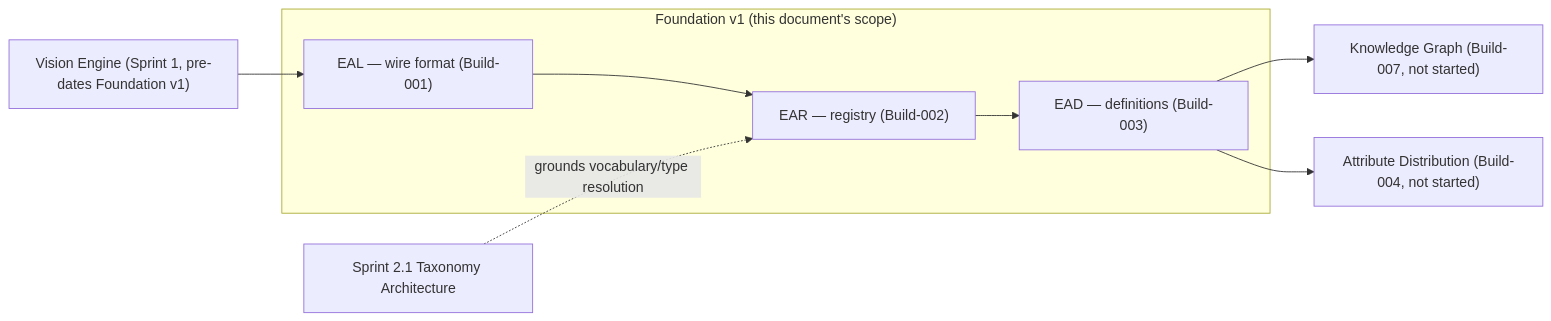
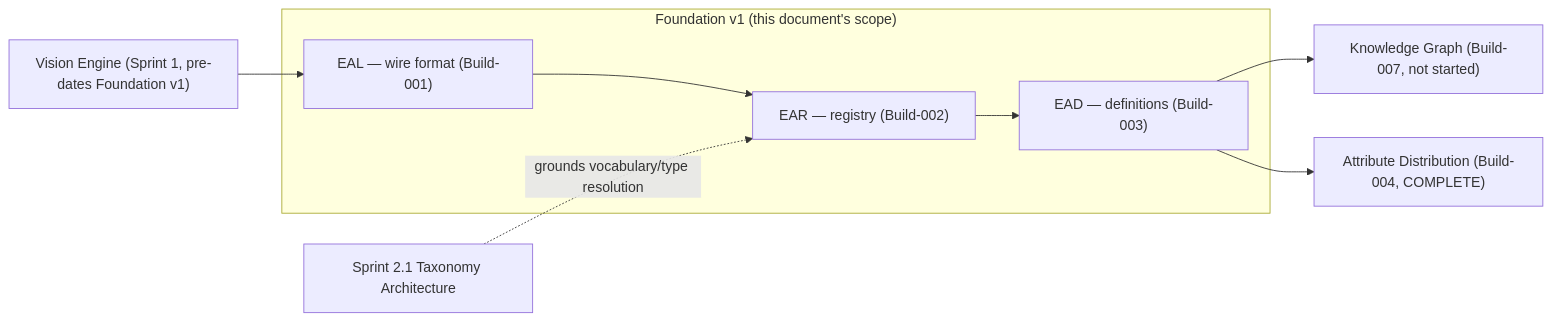
One commit to lexvoraconsulting-lab/The-Baking-Kaur changed the first of 2 diagrams in docs/00_Foundation/FOUNDATION_v1.md. Above: the diagram before and after it, drawn with Mermaid. The commit also changed other lines of this file and 4 other files, not shown here.

Commit message:
docs: Build-004 documentation completion pass — Foundation index, diagrams, traceability

````diff
--- a/docs/00_Foundation/FOUNDATION_v1.md
+++ b/docs/00_Foundation/FOUNDATION_v1.md
@@ -79,13 +105,13 @@
 ```mermaid
 graph LR
     subgraph Foundation_v1["Foundation v1 (this document's scope)"]
         EAL["EAL — wire format (Build-001)"]
         EAR["EAR — registry (Build-002)"]
         EAD["EAD — definitions (Build-003)"]
         EAL --> EAR --> EAD
     end
     VE["Vision Engine (Sprint 1, pre-dates Foundation v1)"] --> EAL
     EAD --> KG["Knowledge Graph (Build-007, not started)"]
-    EAD --> DIST["Attribute Distribution (Build-004, not started)"]
+    EAD --> DIST["Attribute Distribution (Build-004, COMPLETE)"]
     TAX["Sprint 2.1 Taxonomy Architecture"] -.grounds vocabulary/type resolution.-> EAR
 ```
````
